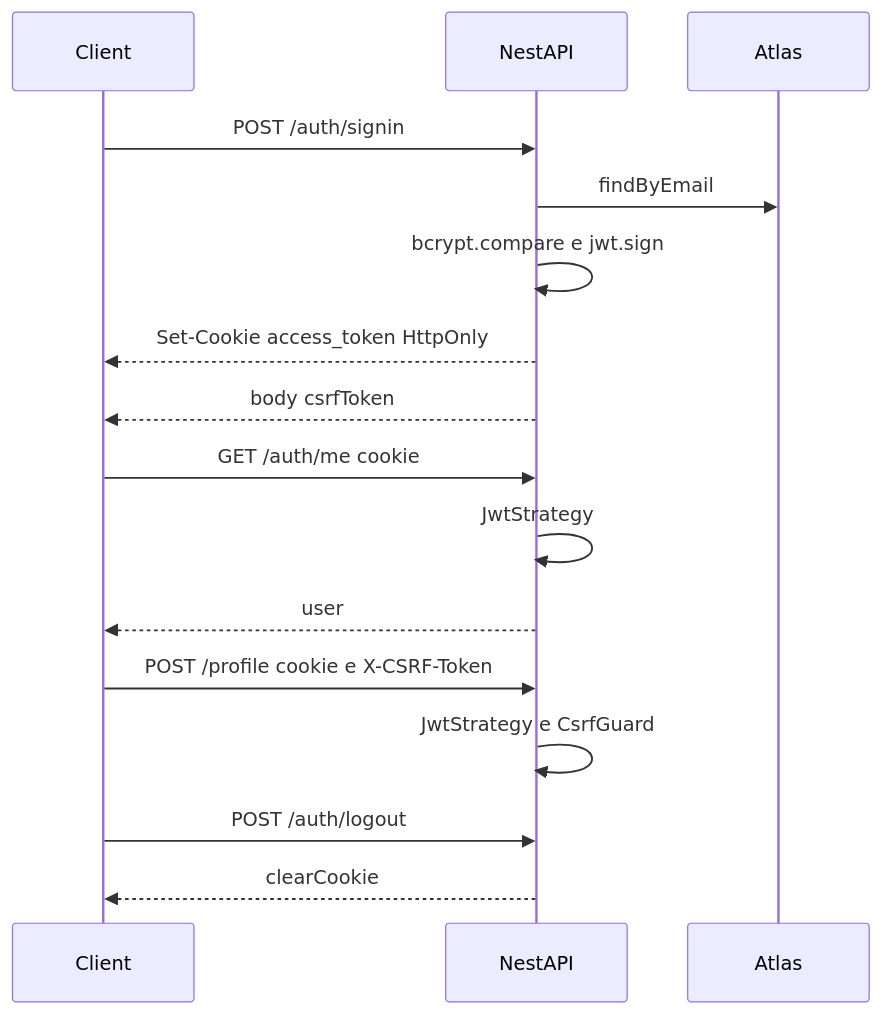
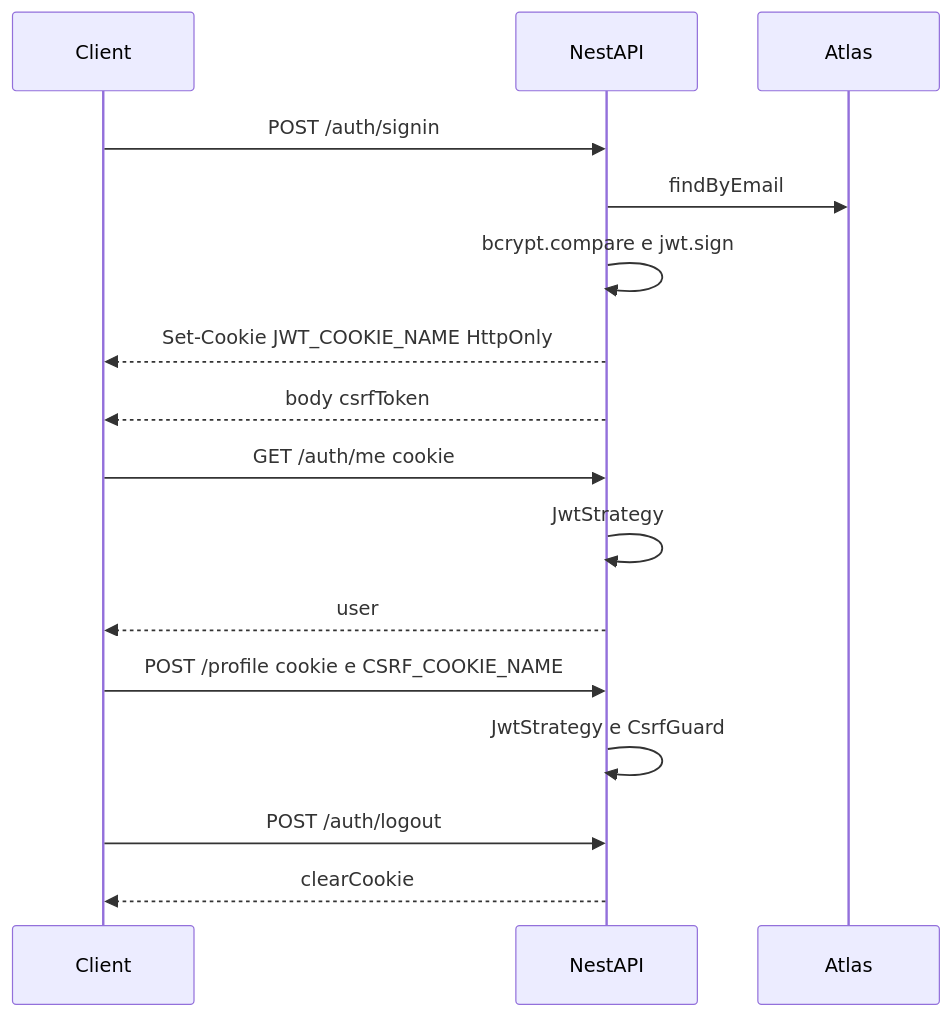
Before and after one commit to ruyfreire/presentation-api: the second of 2 diagrams in ARCHITECTURE.md, drawn with Mermaid. The commit also changed other lines of this file and 9 other files, not shown here.

First line of the commit message:
feat: update authentication flow and cookie management

````diff
--- a/ARCHITECTURE.md
+++ b/ARCHITECTURE.md
@@ -18,19 +18,19 @@
 ```mermaid
 sequenceDiagram
   participant Client
   participant API as NestAPI
   participant DB as Atlas
 
   Client->>API: POST /auth/signin
   API->>DB: findByEmail
   API->>API: bcrypt.compare e jwt.sign
-  API-->>Client: Set-Cookie access_token HttpOnly
+  API-->>Client: Set-Cookie JWT_COOKIE_NAME HttpOnly
   API-->>Client: body csrfToken
   Client->>API: GET /auth/me cookie
   API->>API: JwtStrategy
   API-->>Client: user
-  Client->>API: POST /profile cookie e X-CSRF-Token
+  Client->>API: POST /profile cookie e CSRF_COOKIE_NAME
   API->>API: JwtStrategy e CsrfGuard
   Client->>API: POST /auth/logout
   API-->>Client: clearCookie
 ```
````
